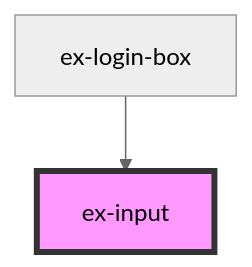
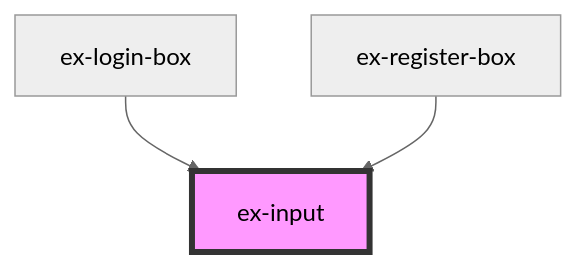
The diagram in packages/ui/src/components/ex-input/readme.md (ExpressThat/Auth), drawn with Mermaid (neutral theme) before and after one commit. The commit also changed other lines of this file and 9 other files, not shown here.

First line of the commit message:
feat: add ExRegisterBox UI component for user registration

````diff
--- a/packages/ui/src/components/ex-input/readme.md
+++ b/packages/ui/src/components/ex-input/readme.md
@@ -71,5 +72,6 @@
 ```mermaid
 graph TD;
   ex-login-box --> ex-input
+  ex-register-box --> ex-input
   style ex-input fill:#f9f,stroke:#333,stroke-width:4px
 ```
````
